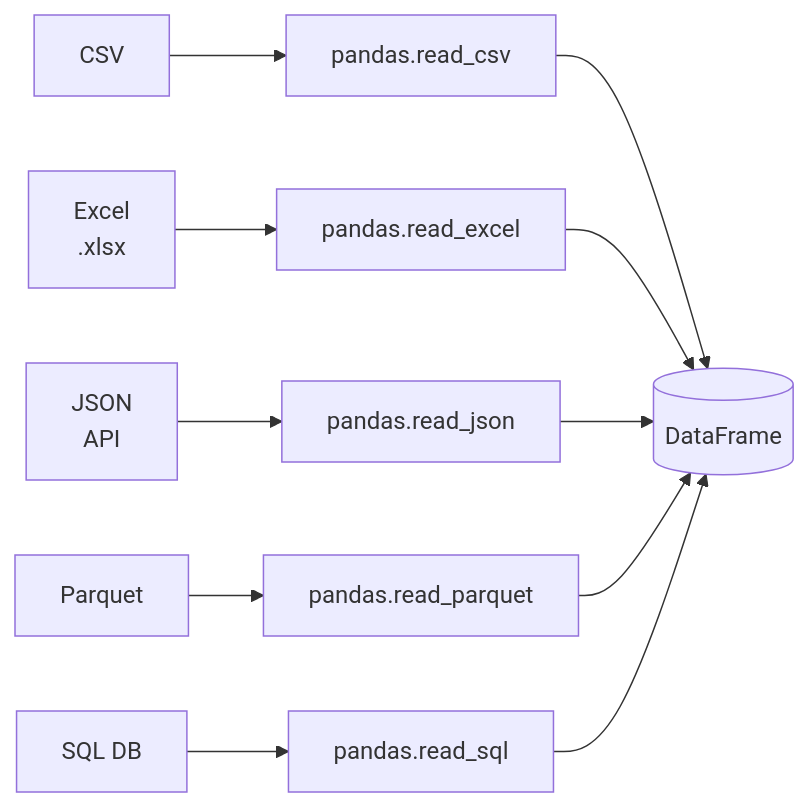
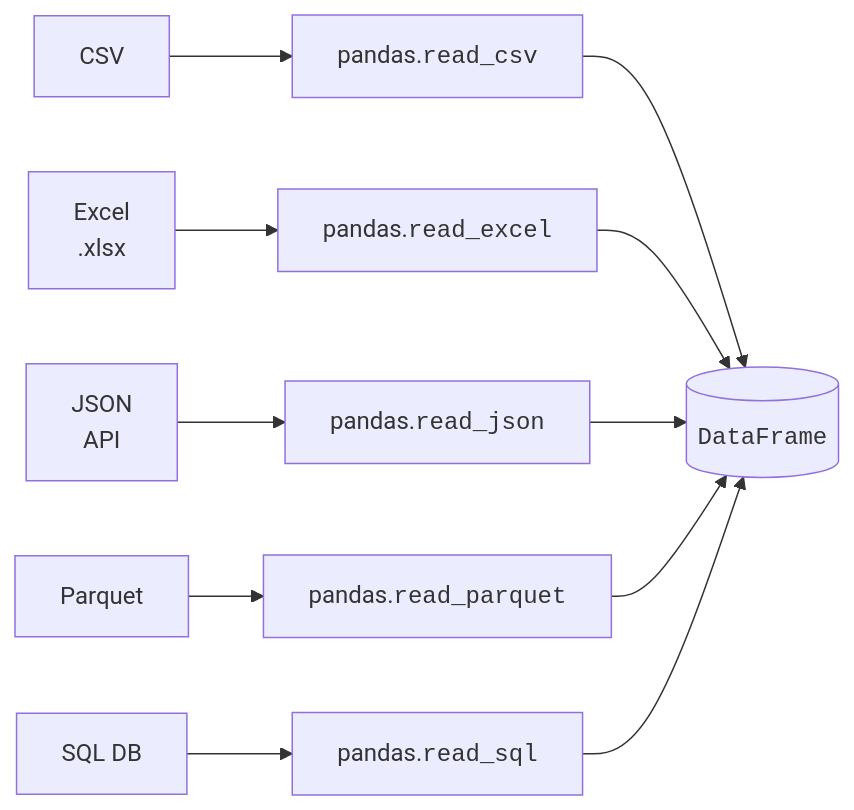
One commit to dataslope/dataslope changed the second of 2 diagrams in content/learn/data-analysis-python-pandas/rise-of-digital-datasets.mdx. Above: the diagram before and after it, drawn with Mermaid. The commit also changed 218 other files, not shown here.

First line of the commit message:
Render code-only mermaid shapes in monospace; convert step sequences to Steps (#467)

````diff
--- a/content/learn/data-analysis-python-pandas/rise-of-digital-datasets.mdx
+++ b/content/learn/data-analysis-python-pandas/rise-of-digital-datasets.mdx
@@ -95,13 +95,13 @@
 ```mermaid
 flowchart LR
-    A[CSV] --> P[pandas.read_csv]
-    B[Excel<br/>.xlsx] --> P2[pandas.read_excel]
-    C[JSON<br/>API] --> P3[pandas.read_json]
-    D[Parquet] --> P4[pandas.read_parquet]
-    E[SQL DB] --> P5[pandas.read_sql]
-    P --> DF[(DataFrame)]
+    A[CSV] --> P["pandas.<code>read_csv</code>"]
+    B[Excel<br/>.xlsx] --> P2["pandas.<code>read_excel</code>"]
+    C[JSON<br/>API] --> P3["pandas.<code>read_json</code>"]
+    D[Parquet] --> P4["pandas.<code>read_parquet</code>"]
+    E[SQL DB] --> P5["pandas.<code>read_sql</code>"]
+    P --> DF[("<code>DataFrame</code>")]
     P2 --> DF
     P3 --> DF
     P4 --> DF
     P5 --> DF
 ```
````
